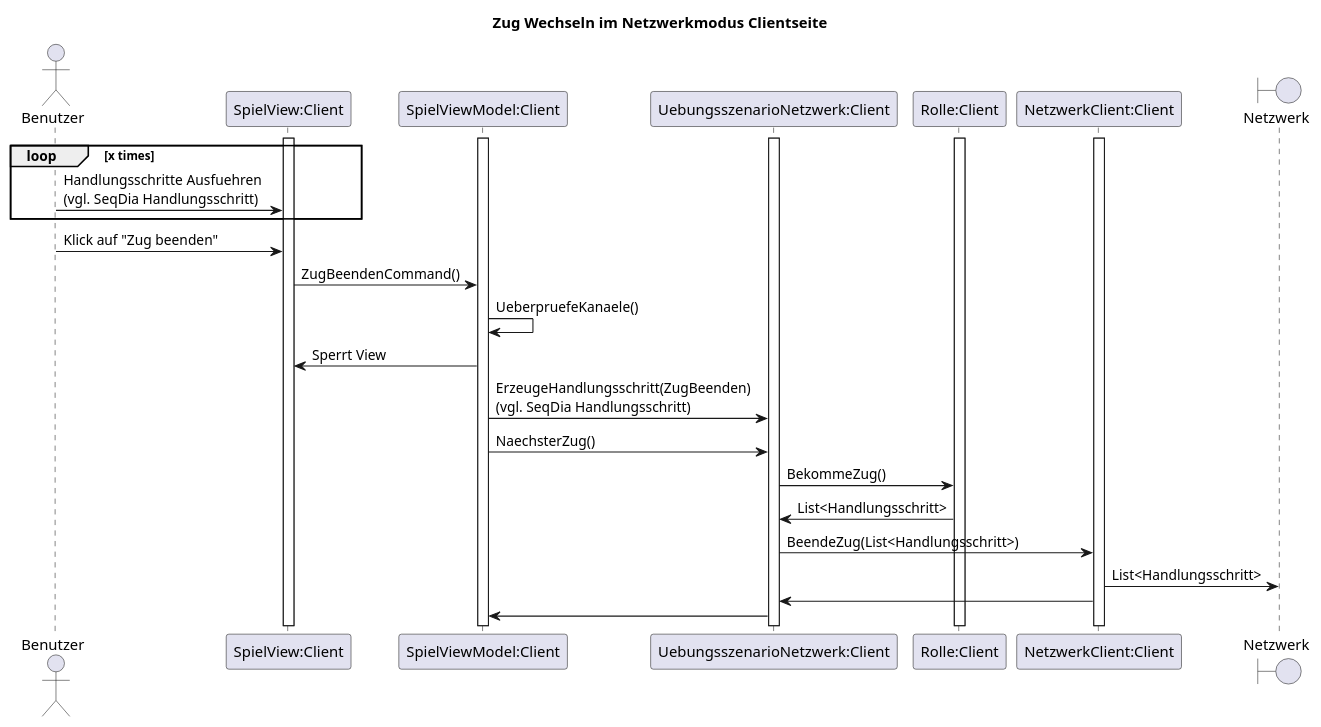
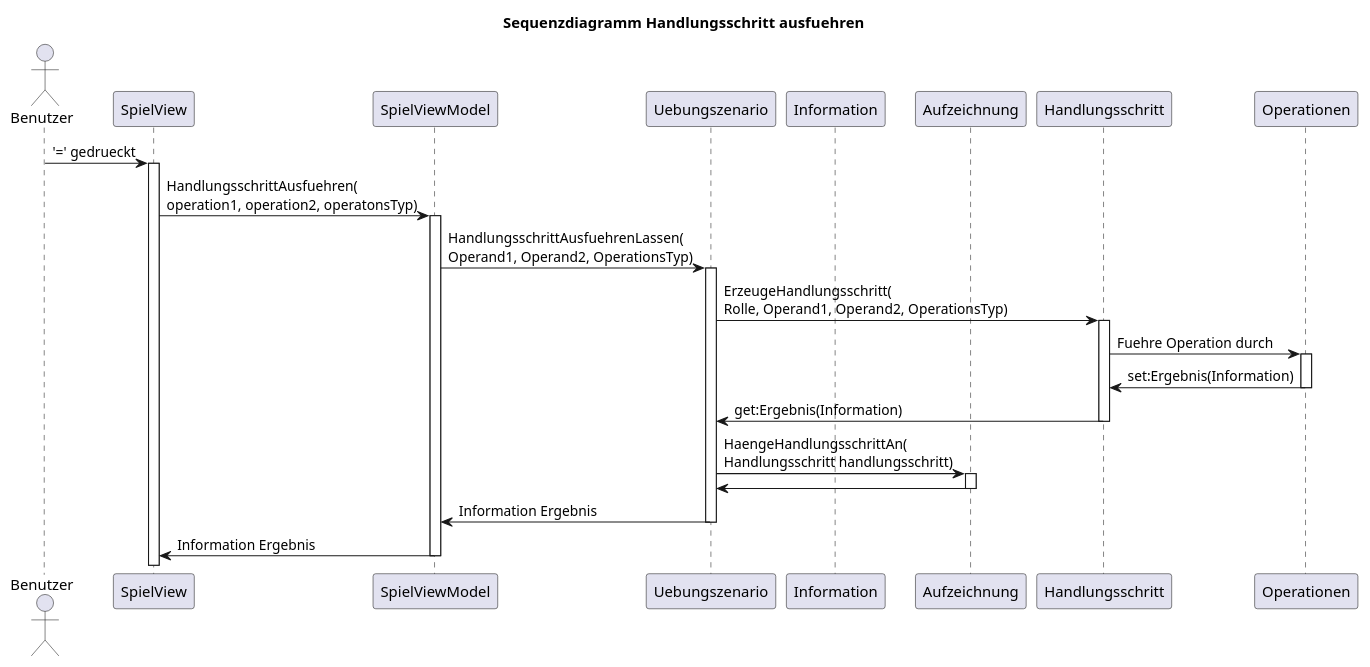
One commit to Jonas-Ha/quakrypto changed the diagram in 02_Entwurf/Sequenzdiagramme/SequenzdiagrammHandlungsschrittAusführen.puml. Above: the diagram before and after it, drawn with PlantUML. The commit also changed 45 other files, not shown here.

```diff
--- a/02_Entwurf/Sequenzdiagramme/SequenzdiagrammHandlungsschrittAusführen.puml
+++ b/02_Entwurf/Sequenzdiagramme/SequenzdiagrammHandlungsschrittAusführen.puml
@@ -1,36 +2,47 @@
-@startuml SequenzdiagrammZugWechselNetzwerk
-title Zug Wechseln im Netzwerkmodus Clientseite
+@startuml SequenzdiagrammHandlungsschrittAusführen
+title Sequenzdiagramm Handlungsschritt ausfuehren
 
 actor Benutzer
-participant "SpielView:Client" as SV
-participant "SpielViewModel:Client" as SVM
-participant "UebungsszenarioNetzwerk:Client" as U
-participant "Rolle:Client" as R
-participant "NetzwerkClient:Client" as N
-boundary Netzwerk
-
-activate SV
-activate SVM
-activate U
-activate N
-activate R
-
-loop x times
-    Benutzer -> SV: Handlungsschritte Ausfuehren \n(vgl. SeqDia Handlungsschritt)
-end
-
-Benutzer -> SV: Klick auf "Zug beenden"
-SV -> SVM:ZugBeendenCommand()
-SVM -> SVM:UeberpruefeKanaele()
-SVM -> SV:Sperrt View
-SVM -> U:ErzeugeHandlungsschritt(ZugBeenden)\n(vgl. SeqDia Handlungsschritt)
-SVM -> U:NaechsterZug()
-U -> R:BekommeZug()
-R -> U: List<Handlungsschritt>
-U -> N:BeendeZug(List<Handlungsschritt>)
-N -> Netzwerk : List<Handlungsschritt>
-N ->U
-U -> SVM
+participant "SpielView" as G
+participant "SpielViewModel" as A
+Participant "Uebungszenario" as B
+Participant "Information" as H
+participant "Aufzeichnung" as C
+participant "Handlungsschritt" as D
+participant "Operationen" as F
 
 
+Benutzer -> G: '=' gedrueckt
+activate G
+
+G->A:HandlungsschrittAusfuehren(\noperation1, operation2, operatonsTyp)
+activate A
+
+A-> B: HandlungsschrittAusfuehrenLassen(\nOperand1, Operand2, OperationsTyp)
+activate B
+
+B -> D: ErzeugeHandlungsschritt(\nRolle, Operand1, Operand2, OperationsTyp)
+activate D
+
+D -> F: Fuehre Operation durch
+activate F
+
+F->D: set:Ergebnis(Information)
+deactivate F
+
+D -> B: get:Ergebnis(Information)
+deactivate D
+
+B -> C: HaengeHandlungsschrittAn(\nHandlungsschritt handlungsschritt)
+activate C
+
+C->B:
+deactivate C
+
+B->A: Information Ergebnis
+deactivate B
+
+A -> G: Information Ergebnis
+deactivate A
+
 @enduml
```
